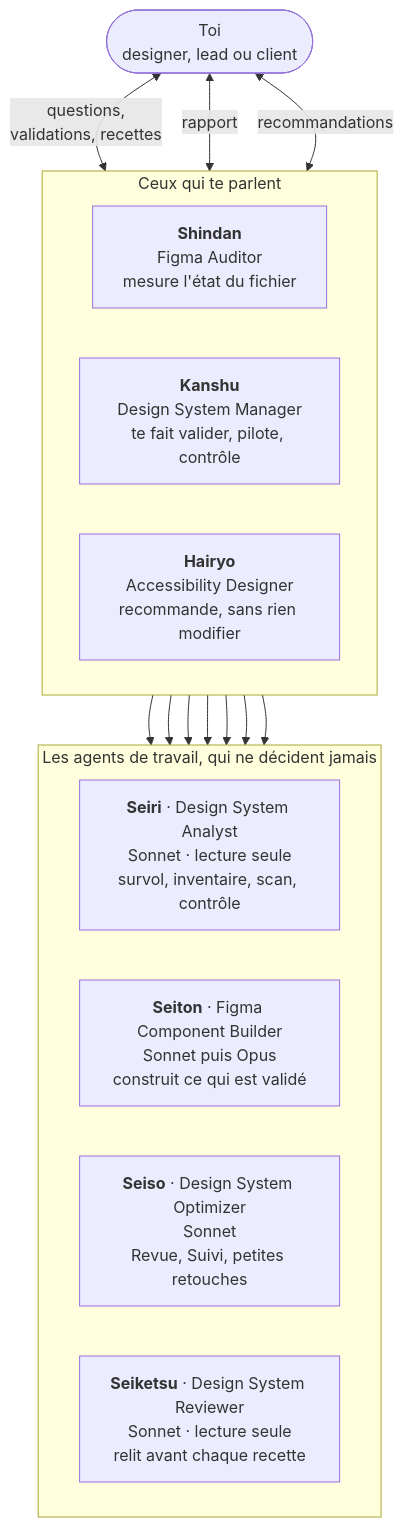
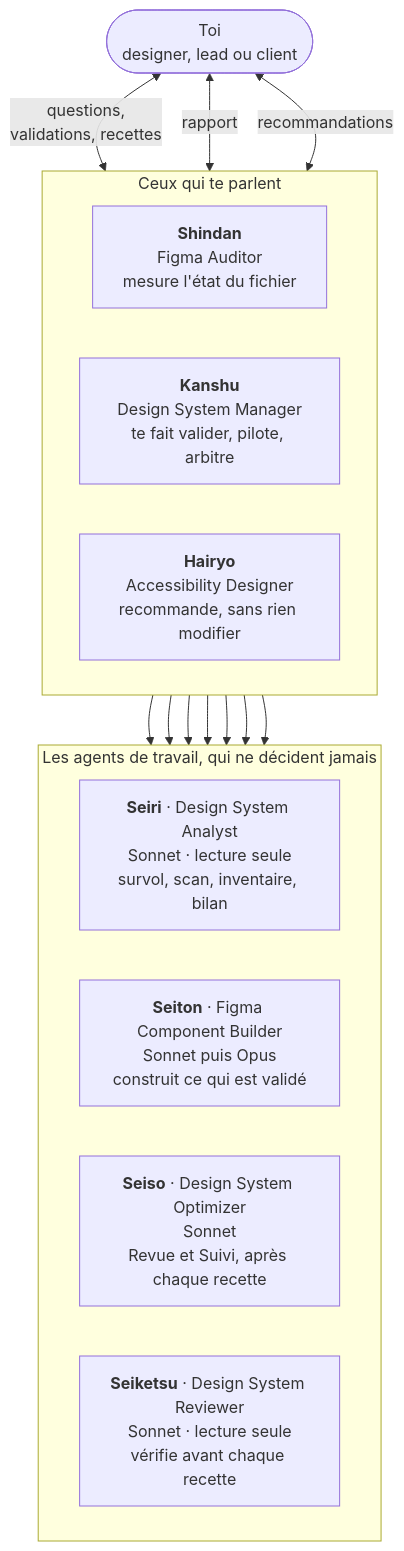
Before and after one commit to KatiroDesignStudio/figma-ui-kit: the first of 3 diagrams in docs/fonctionnement.md, drawn with Mermaid. The commit also changed other lines of this file and 18 other files, not shown here.

````diff
--- a/docs/fonctionnement.md
+++ b/docs/fonctionnement.md
@@ -9,30 +9,30 @@
 ```mermaid
 flowchart TB
     U(["Toi<br/>designer, lead ou client"])
 
     subgraph managers["Ceux qui te parlent"]
         direction LR
         SH["<b>Shindan</b><br/>Figma Auditor<br/>mesure l'état du fichier"]
-        K["<b>Kanshu</b><br/>Design System Manager<br/>te fait valider, pilote, contrôle"]
+        K["<b>Kanshu</b><br/>Design System Manager<br/>te fait valider, pilote, arbitre"]
         HA["<b>Hairyo</b><br/>Accessibility Designer<br/>recommande, sans rien modifier"]
     end
 
     subgraph equipe["Les agents de travail, qui ne décident jamais"]
         direction LR
-        SI["<b>Seiri</b> · Design System Analyst<br/>Sonnet · lecture seule<br/>survol, inventaire, scan, contrôle"]
+        SI["<b>Seiri</b> · Design System Analyst<br/>Sonnet · lecture seule<br/>survol, scan, inventaire, bilan"]
         ST["<b>Seiton</b> · Figma Component Builder<br/>Sonnet puis Opus<br/>construit ce qui est validé"]
-        SO["<b>Seiso</b> · Design System Optimizer<br/>Sonnet<br/>Revue, Suivi, petites retouches"]
-        SK["<b>Seiketsu</b> · Design System Reviewer<br/>Sonnet · lecture seule<br/>relit avant chaque recette"]
+        SO["<b>Seiso</b> · Design System Optimizer<br/>Sonnet<br/>Revue et Suivi, après chaque recette"]
+        SK["<b>Seiketsu</b> · Design System Reviewer<br/>Sonnet · lecture seule<br/>vérifie avant chaque recette"]
     end
 
     U <-->|"questions,<br/>validations, recettes"| K
     U <-->|"rapport"| SH
     U <-->|"recommandations"| HA
     K --> SI
     K --> ST
     K --> SO
     K --> SK
     SH --> SI
     HA --> SI
     HA --> SO
 ```
````
